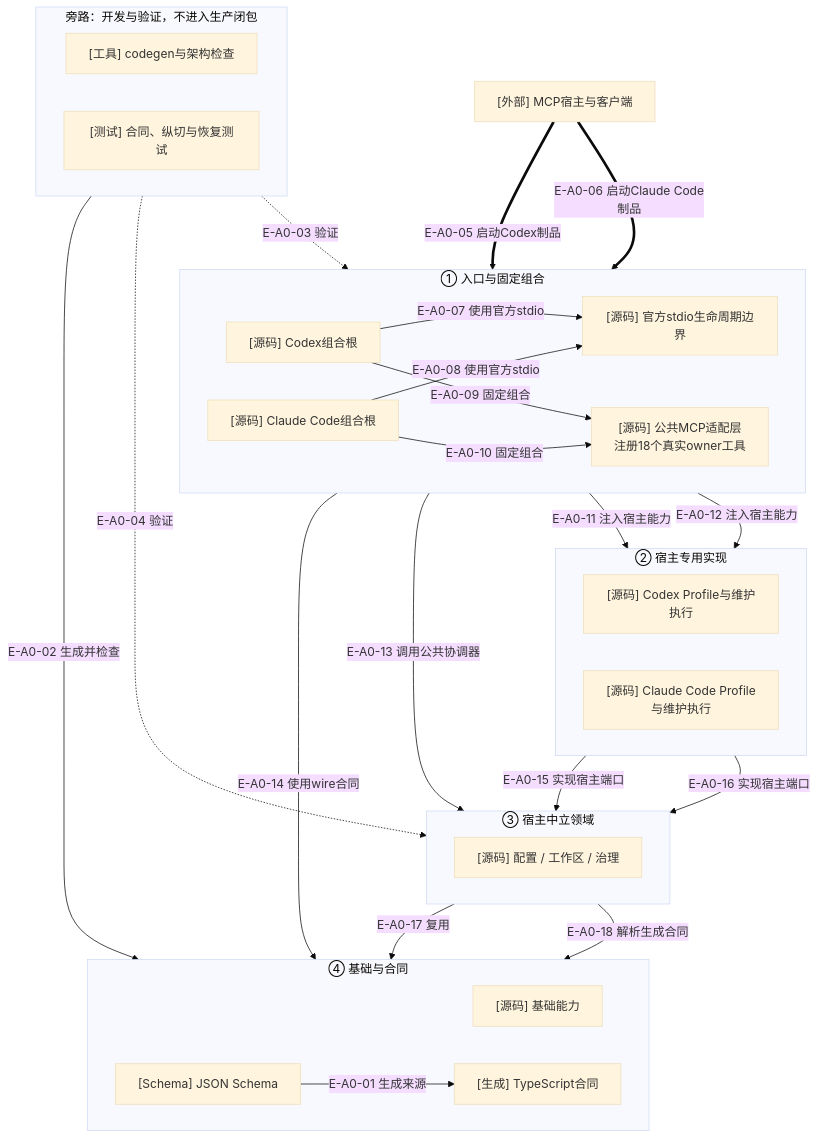
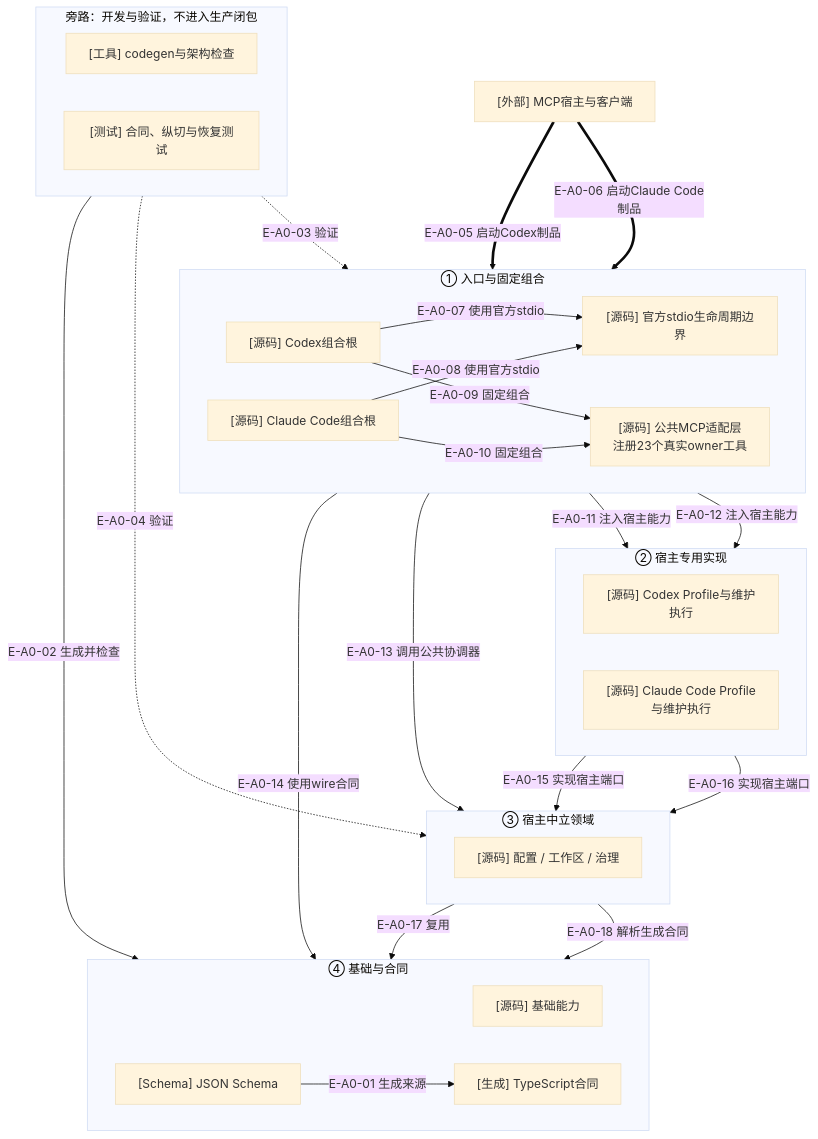
One commit to GxFn/Wakeflow changed the diagram in wakeflow-architecture-atlas/maps/01-overall-architecture/README.md. Above: the diagram before and after it, drawn with Mermaid (base theme). The commit also changed other lines of this file and 26 other files, not shown here.

Commit message:
docs: synchronize Wakeflow architecture atlas

````diff
--- a/wakeflow-architecture-atlas/maps/01-overall-architecture/README.md
+++ b/wakeflow-architecture-atlas/maps/01-overall-architecture/README.md
@@ -73,60 +73,60 @@
 ```mermaid
 flowchart TB
   accTitle: Wakeflow TypeScript总体架构与宿主边界
   accDescr: JSON Schema生成类型合同，固定Codex或Claude Code组合根通过官方stdio和公共MCP适配接入宿主专用实现与宿主中立领域；领域复用基础能力，测试和工具只生成或验证生产闭包。
 
   CLIENT["[外部] MCP宿主与客户端"]
 
   subgraph ENTRY["① 入口与固定组合"]
     direction LR
     CODEX_ROOT["[源码] Codex组合根"]
     CLAUDE_ROOT["[源码] Claude Code组合根"]
-    PUBLIC_MCP["[源码] 公共MCP适配层\n注册18个真实owner工具"]
+    PUBLIC_MCP["[源码] 公共MCP适配层\n注册23个真实owner工具"]
     STDIO["[源码] 官方stdio生命周期边界"]
   end
 
   subgraph HOSTS["② 宿主专用实现"]
     direction LR
     CODEX_HOST["[源码] Codex Profile与维护执行"]
     CLAUDE_HOST["[源码] Claude Code Profile与维护执行"]
   end
 
   subgraph CORE["③ 宿主中立领域"]
     direction LR
     DOMAINS["[源码] 配置 / 工作区 / 治理"]
   end
 
   subgraph BASE["④ 基础与合同"]
     direction LR
     FOUNDATION["[源码] 基础能力"]
     SCHEMA["[Schema] JSON Schema"]
     GENERATED["[生成] TypeScript合同"]
   end
 
   subgraph DEV["旁路：开发与验证，不进入生产闭包"]
     direction LR
     TOOLING["[工具] codegen与架构检查"]
     TESTS["[测试] 合同、纵切与恢复测试"]
   end
 
   SCHEMA -->|"E-A0-01 生成来源"| GENERATED
   TOOLING -->|"E-A0-02 生成并检查"| GENERATED
   TESTS -.->|"E-A0-03 验证"| PUBLIC_MCP
   TESTS -.->|"E-A0-04 验证"| DOMAINS
 
   CLIENT ==>|"E-A0-05 启动Codex制品"| CODEX_ROOT
   CLIENT ==>|"E-A0-06 启动Claude Code制品"| CLAUDE_ROOT
   CODEX_ROOT -->|"E-A0-07 使用官方stdio"| STDIO
   CLAUDE_ROOT -->|"E-A0-08 使用官方stdio"| STDIO
   CODEX_ROOT -->|"E-A0-09 固定组合"| PUBLIC_MCP
   CLAUDE_ROOT -->|"E-A0-10 固定组合"| PUBLIC_MCP
   CODEX_ROOT -->|"E-A0-11 注入宿主能力"| CODEX_HOST
   CLAUDE_ROOT -->|"E-A0-12 注入宿主能力"| CLAUDE_HOST
 
   PUBLIC_MCP -->|"E-A0-13 调用公共协调器"| DOMAINS
   PUBLIC_MCP -->|"E-A0-14 使用wire合同"| GENERATED
   CODEX_HOST -->|"E-A0-15 实现宿主端口"| DOMAINS
   CLAUDE_HOST -->|"E-A0-16 实现宿主端口"| DOMAINS
   DOMAINS -->|"E-A0-17 复用"| FOUNDATION
   DOMAINS -->|"E-A0-18 解析生成合同"| GENERATED
 ```
````
